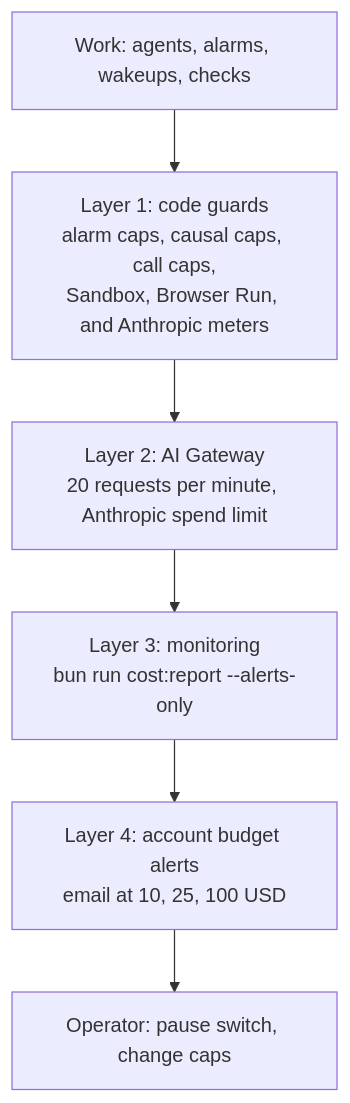
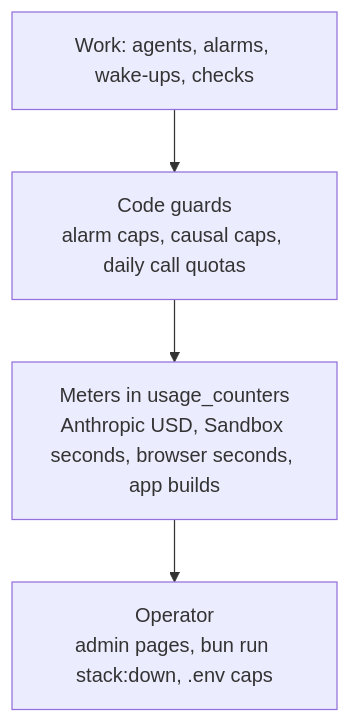
Before and after one commit to nsudhanva/rhumbatron: the diagram in docs/operations/costs.md, drawn with Mermaid. The commit also changed other lines of this file and 322 other files, not shown here.

First line of the commit message:
feat!: run Rhumbatron as one Docker Compose stack on open-source backends

````diff
--- a/docs/operations/costs.md
+++ b/docs/operations/costs.md
@@ -7,9 +7,7 @@
 ```mermaid
 flowchart TB
-  w[Work: agents, alarms, wakeups, checks] --> l1
-  l1[Layer 1: code guards<br/>alarm caps, causal caps, call caps,<br/>Sandbox, Browser Run, and Anthropic meters] --> l2
-  l2[Layer 2: AI Gateway<br/>20 requests per minute, Anthropic spend limit] --> l3
-  l3[Layer 3: monitoring<br/>bun run cost:report --alerts-only] --> l4
-  l4[Layer 4: account budget alerts<br/>email at 10, 25, 100 USD] --> l5
-  l5[Operator: pause switch, change caps]
+  w[Work: agents, alarms, wake-ups, checks] --> l1
+  l1[Code guards<br/>alarm caps, causal caps, daily call quotas] --> l2
+  l2[Meters in usage_counters<br/>Anthropic USD, Sandbox seconds, browser seconds, app builds] --> l3
+  l3[Operator<br/>admin pages, bun run stack:down, .env caps]
 ```
````
